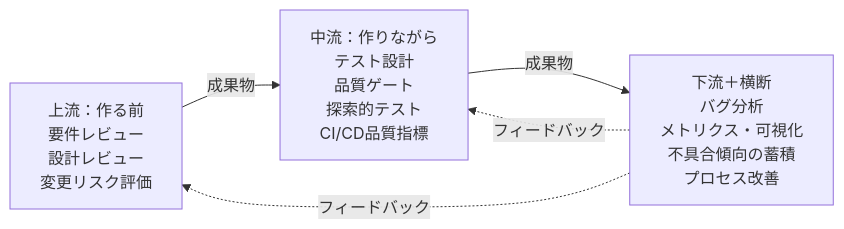
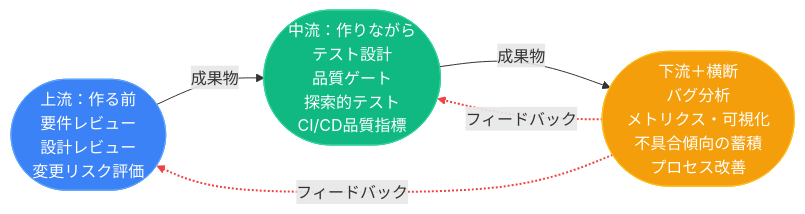
One commit to akihisa-kusakabe-bk/zenn-content changed the diagram in unpublished/qa-activities-beyond-testing.md. Above: the diagram before and after it, drawn with Mermaid. The commit also changed 1 other file, not shown here.

Commit message:
style: Mermaid図に色分け・角丸・フィードバック強調を追加
上流=青、中流=緑、下流=琥珀で視覚的に差別化。
フィードバック矢印を赤太線で強調。ノードを角丸に変更。

````diff
--- a/unpublished/qa-activities-beyond-testing.md
+++ b/unpublished/qa-activities-beyond-testing.md
@@ -52,10 +52,16 @@
 ```mermaid
 flowchart LR
-    UP["上流：作る前\n要件レビュー\n設計レビュー\n変更リスク評価"]
-    MID["中流：作りながら\nテスト設計\n品質ゲート\n探索的テスト\nCI/CD品質指標"]
-    DOWN["下流＋横断\nバグ分析\nメトリクス・可視化\n不具合傾向の蓄積\nプロセス改善"]
+    UP(["上流：作る前\n要件レビュー\n設計レビュー\n変更リスク評価"])
+    MID(["中流：作りながら\nテスト設計\n品質ゲート\n探索的テスト\nCI/CD品質指標"])
+    DOWN(["下流＋横断\nバグ分析\nメトリクス・可視化\n不具合傾向の蓄積\nプロセス改善"])
 
-    UP -->|"成果物"| MID -->|"成果物"| DOWN
+    UP -->|"成果物"| MID
+    MID -->|"成果物"| DOWN
     DOWN -.->|"フィードバック"| MID
     DOWN -.->|"フィードバック"| UP
+
+    style UP fill:#3b82f6,color:#fff,stroke:#60a5fa
+    style MID fill:#10b981,color:#fff,stroke:#34d399
+    style DOWN fill:#f59e0b,color:#fff,stroke:#fbbf24
+    linkStyle 2,3 stroke:#ef4444,stroke-width:2px
 ```
````
